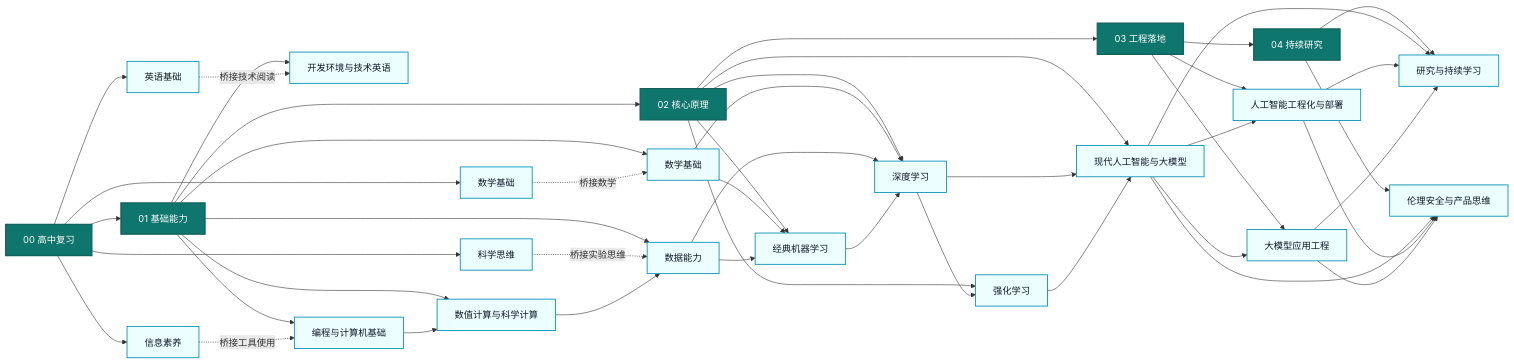
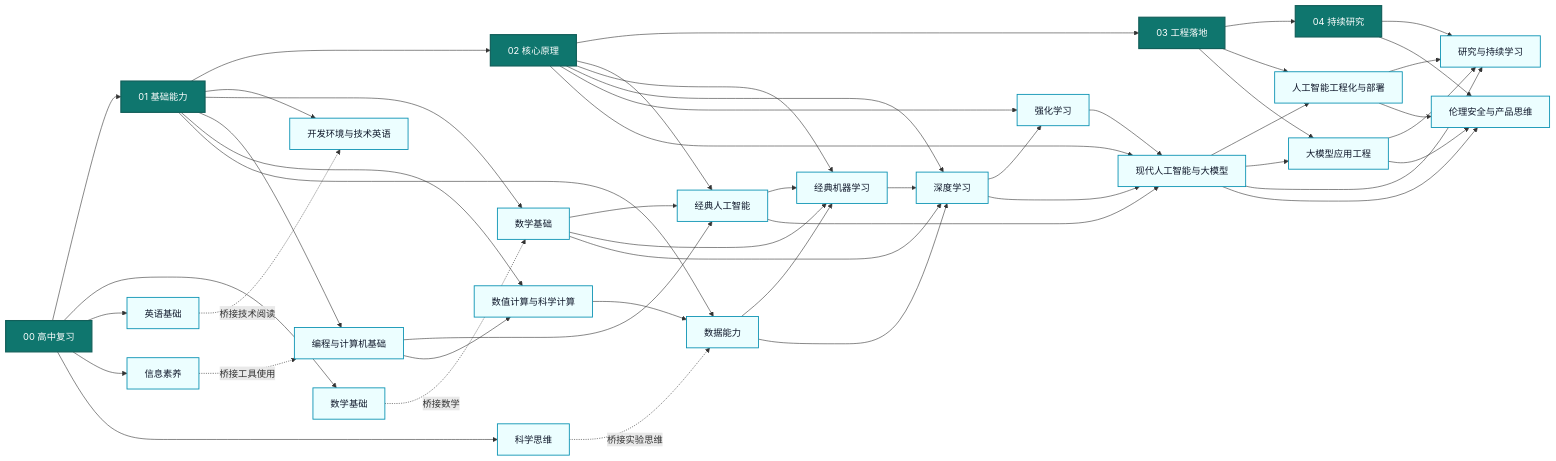
The diagram in README.md (qq940500529/Artificial_Intelligence_Tutorial_zh), drawn with Mermaid before and after one commit. The commit also changed other lines of this file and 23 other files, not shown here.

````diff
--- a/README.md
+++ b/README.md
@@ -127,56 +128,61 @@
 ```mermaid
 flowchart LR
     HS["00 高中复习"] --> FC["01 基础能力"] --> CP["02 核心原理"] --> EI["03 工程落地"] --> CR["04 持续研究"]
 
     HS --> HS1["数学基础"]
     HS --> HS2["英语基础"]
     HS --> HS3["信息素养"]
     HS --> HS4["科学思维"]
 
     FC --> FC1["开发环境与技术英语"]
     FC --> FC2["数学基础"]
     FC --> FC3["编程与计算机基础"]
     FC --> FC4["数值计算与科学计算"]
     FC --> FC5["数据能力"]
 
+    CP --> CP0["经典人工智能"]
     CP --> CP1["经典机器学习"]
     CP --> CP2["深度学习"]
     CP --> CP3["强化学习"]
     CP --> CP4["现代人工智能与大模型"]
 
     EI --> EI1["人工智能工程化与部署"]
     EI --> EI2["大模型应用工程"]
 
     CR --> CR1["研究与持续学习"]
     CR --> CR2["伦理安全与产品思维"]
 
     HS1 -.桥接数学.-> FC2
     HS2 -.桥接技术阅读.-> FC1
     HS3 -.桥接工具使用.-> FC3
     HS4 -.桥接实验思维.-> FC5
 
+    FC2 --> CP0
     FC2 --> CP1
     FC2 --> CP2
+    FC3 --> CP0
     FC3 --> FC4
     FC4 --> FC5
     FC5 --> CP1
     FC5 --> CP2
+    CP0 --> CP1
+    CP0 --> CP4
     CP1 --> CP2
     CP2 --> CP3
     CP2 --> CP4
     CP3 --> CP4
     CP4 --> EI1
     CP4 --> EI2
     CP4 --> CR1
     CP4 --> CR2
     EI1 --> CR1
     EI1 --> CR2
     EI2 --> CR1
     EI2 --> CR2
 
     classDef stage fill:#0f766e,stroke:#115e59,color:#ffffff,stroke-width:2px;
     classDef module fill:#ecfeff,stroke:#0891b2,color:#0f172a,stroke-width:1.5px;
 
     class HS,FC,CP,EI,CR stage;
-    class HS1,HS2,HS3,HS4,FC1,FC2,FC3,FC4,FC5,CP1,CP2,CP3,CP4,EI1,EI2,CR1,CR2 module;
+    class HS1,HS2,HS3,HS4,FC1,FC2,FC3,FC4,FC5,CP0,CP1,CP2,CP3,CP4,EI1,EI2,CR1,CR2 module;
 ```
````
